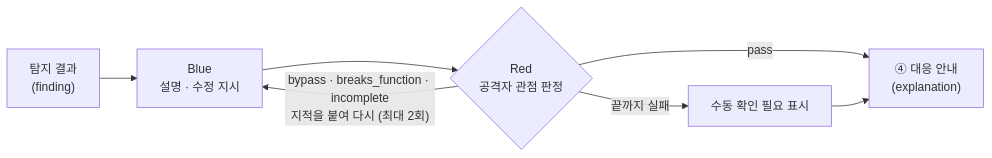
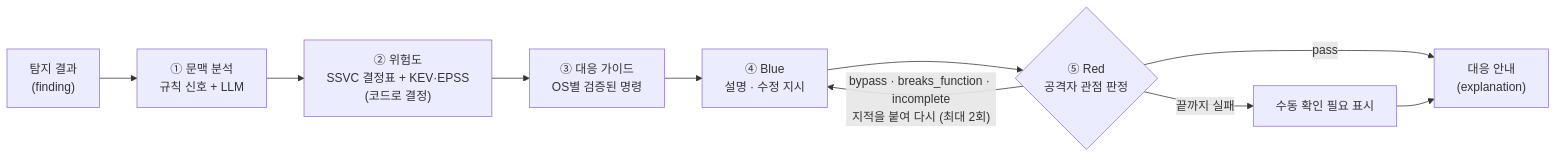
The diagram in docs/llm.md (maebsy/YMCA-hackathon-2026), drawn with Mermaid before and after one commit. The commit also changed other lines of this file and 27 other files, not shown here.

First line of the commit message:
feat(model): 문맥 분석·SSVC 위험도 해석·OS별 대응 가이드 (#35)

````diff
--- a/docs/llm.md
+++ b/docs/llm.md
@@ -6,8 +6,11 @@
 ```mermaid
 flowchart LR
-    F["탐지 결과<br/>(finding)"] --> B["Blue<br/>설명 · 수정 지시"]
-    B --> R{"Red<br/>공격자 관점 판정"}
-    R -- pass --> OUT["④ 대응 안내<br/>(explanation)"]
+    F["탐지 결과<br/>(finding)"] --> C["① 문맥 분석<br/>규칙 신호 + LLM"]
+    C --> K["② 위험도<br/>SSVC 결정표 + KEV·EPSS<br/>(코드로 결정)"]
+    K --> G["③ 대응 가이드<br/>OS별 검증된 명령"]
+    G --> B["④ Blue<br/>설명 · 수정 지시"]
+    B --> R{"⑤ Red<br/>공격자 관점 판정"}
+    R -- pass --> OUT["대응 안내<br/>(explanation)"]
     R -- "bypass · breaks_function · incomplete<br/>지적을 붙여 다시 (최대 2회)" --> B
     R -- 끝까지 실패 --> M["수동 확인 필요 표시"] --> OUT
 ```
````
